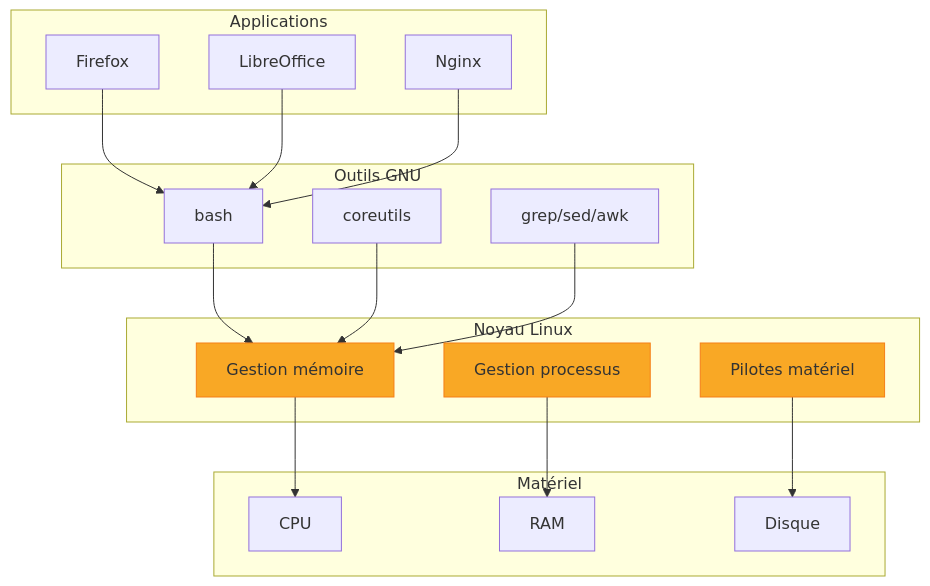
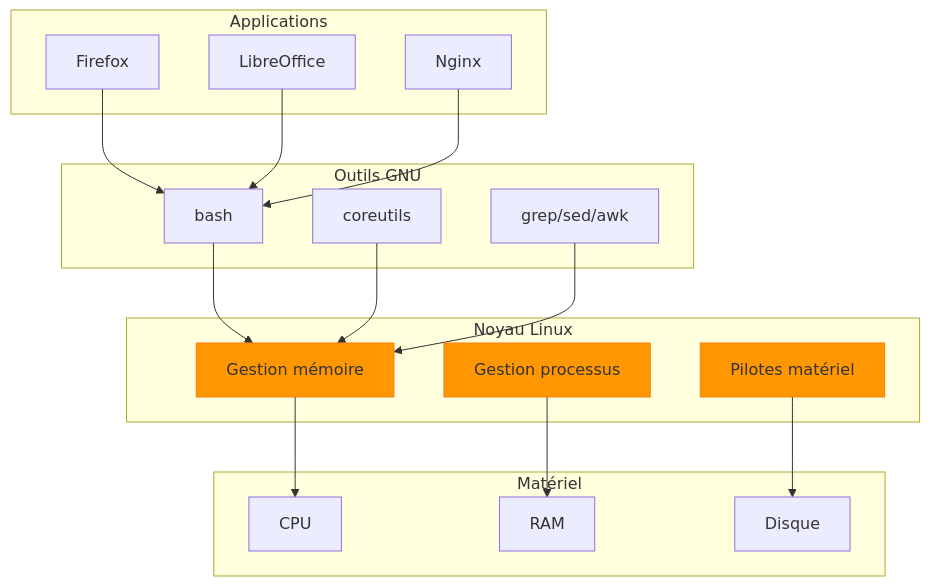
Before and after one commit to VBlackJack/ShellBook: the second of 4 diagrams in docs/formations/linux-mastery/01-decouverte.md, drawn with Mermaid. The commit also changed other lines of this file and 337 other files, not shown here.

First line of the commit message:
refactor(docs): Standardize code blocks and Mermaid colors

````diff
--- a/docs/formations/linux-mastery/01-decouverte.md
+++ b/docs/formations/linux-mastery/01-decouverte.md
@@ -48,40 +48,40 @@
 ```mermaid
 graph TB
     subgraph "Applications"
         A[Firefox]
         B[LibreOffice]
         C[Nginx]
     end
 
     subgraph "Outils GNU"
         D[bash]
         E[coreutils]
         F[grep/sed/awk]
     end
 
     subgraph "Noyau Linux"
         G[Gestion mémoire]
         H[Gestion processus]
         I[Pilotes matériel]
     end
 
     subgraph "Matériel"
         J[CPU]
         K[RAM]
         L[Disque]
     end
 
     A --> D
     B --> D
     C --> D
     D --> G
     E --> G
     F --> G
     G --> J
     H --> K
     I --> L
 
-    style G fill:#f9a825,stroke:#f57f17
-    style H fill:#f9a825,stroke:#f57f17
-    style I fill:#f9a825,stroke:#f57f17
+    style G fill:#FF9800,stroke:#f57f17
+    style H fill:#FF9800,stroke:#f57f17
+    style I fill:#FF9800,stroke:#f57f17
 ```
````
